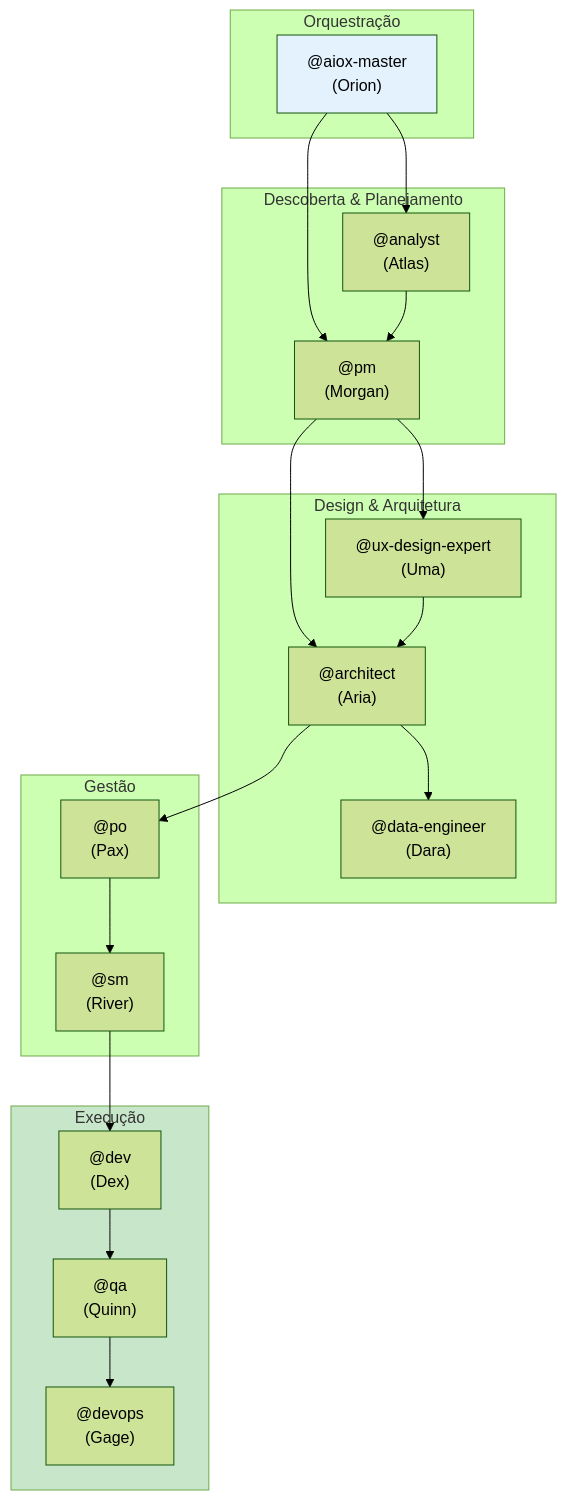
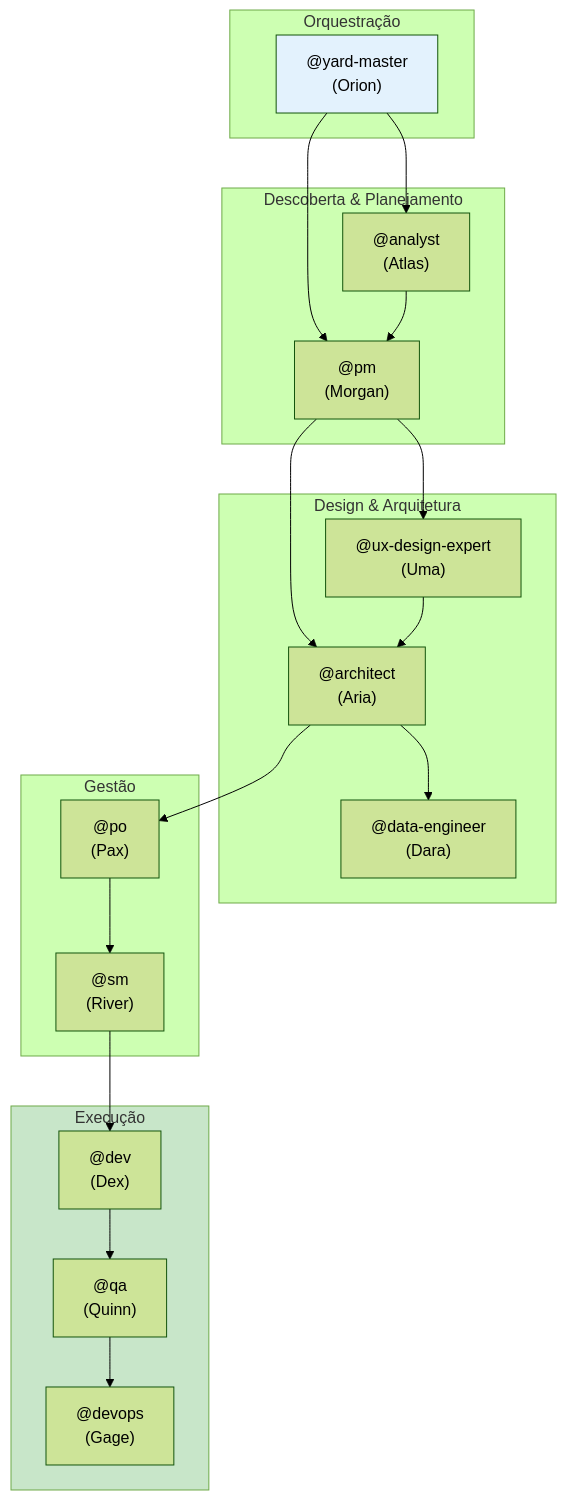
One commit to ernesto-langa/yard-core changed the diagram in docs/aiox-agent-flows/README.md. Above: the diagram before and after it, drawn with Mermaid (forest theme). The commit also changed other lines of this file and 529 other files, not shown here.

````diff
--- a/docs/aiox-agent-flows/README.md
+++ b/docs/aiox-agent-flows/README.md
@@ -98,44 +98,44 @@
 ```mermaid
 flowchart TB
     subgraph ORCHESTRATION["Orquestração"]
-        MASTER["@aiox-master\n(Orion)"]
+        MASTER["@yard-master\n(Orion)"]
     end
 
     subgraph DISCOVERY["Descoberta & Planejamento"]
         ANALYST["@analyst\n(Atlas)"]
         PM["@pm\n(Morgan)"]
     end
 
     subgraph DESIGN["Design & Arquitetura"]
         ARCHITECT["@architect\n(Aria)"]
         UX["@ux-design-expert\n(Uma)"]
         DATA["@data-engineer\n(Dara)"]
     end
 
     subgraph MANAGEMENT["Gestão"]
         PO["@po\n(Pax)"]
         SM["@sm\n(River)"]
     end
 
     subgraph EXECUTION["Execução"]
         DEV["@dev\n(Dex)"]
         QA["@qa\n(Quinn)"]
         DEVOPS["@devops\n(Gage)"]
     end
 
     MASTER --> ANALYST
     MASTER --> PM
     ANALYST --> PM
     PM --> UX
     PM --> ARCHITECT
     UX --> ARCHITECT
     ARCHITECT --> DATA
     ARCHITECT --> PO
     PO --> SM
     SM --> DEV
     DEV --> QA
     QA --> DEVOPS
 
     style MASTER fill:#e3f2fd
     style EXECUTION fill:#c8e6c9
 ```
````
